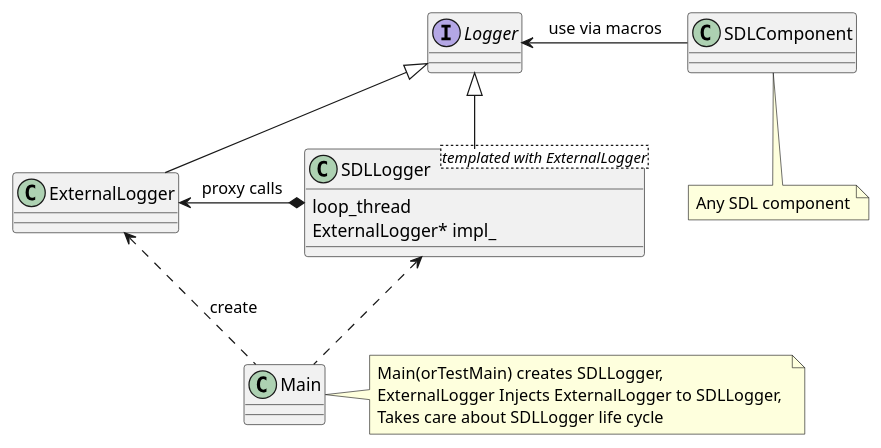
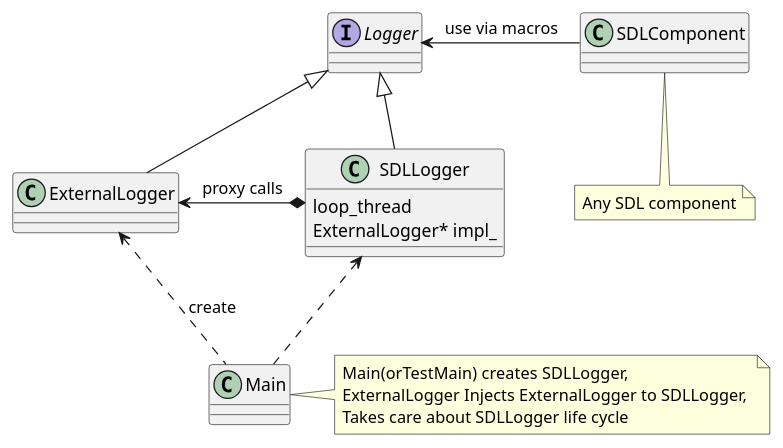
One commit to LuxoftSDL/sdl_core_guides changed the diagram in docs/Developer Documentation/Logger/assets/high_level_design.puml. Above: the diagram before and after it, drawn with PlantUML. The commit also changed 4 other files, not shown here.

```diff
--- a/docs/Developer Documentation/Logger/assets/high_level_design.puml
+++ b/docs/Developer Documentation/Logger/assets/high_level_design.puml
@@ -1,34 +1,34 @@
 @startuml
 
 
 
 interface Logger
 
-class SDLLogger <templated with ExternalLogger>{
+class SDLLogger {
   loop_thread
   ExternalLogger* impl_
 }
 
 class ExternalLogger 
 
 
 SDLLogger -up-|> Logger
 ExternalLogger -up-|> Logger
 
 SDLLogger *-left-> ExternalLogger : proxy calls
 
 class SDLComponent
 SDLComponent -left-> Logger : use via macros
 note "Any SDL component" as N1
 SDLComponent .. N1
 
 class Main
 
 Main .up.> SDLLogger  
 Main  .up.> ExternalLogger : create
 note "Main(orTestMain) creates SDLLogger,  \n\
 ExternalLogger Injects ExternalLogger to SDLLogger, \n\
 Takes care about SDLLogger life cycle" as N2
 
 N2 .left. Main
 @enduml
```
